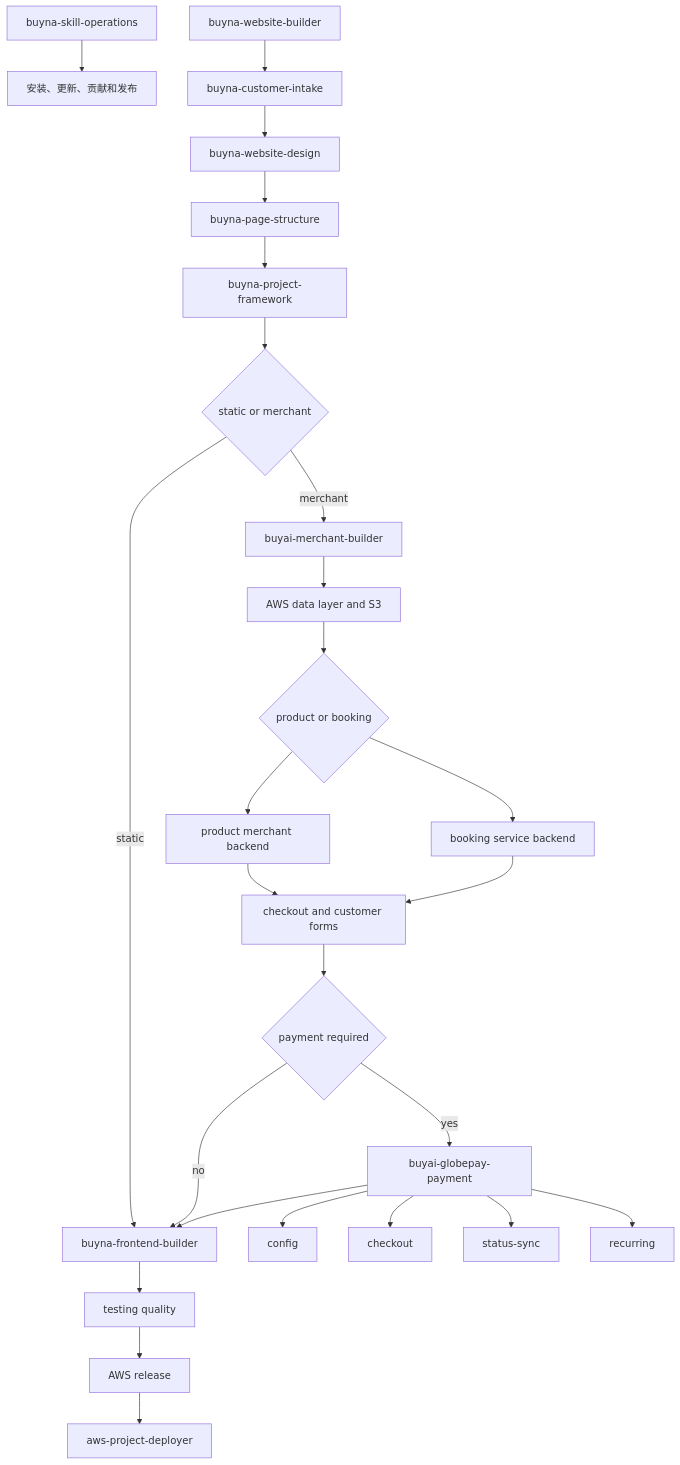
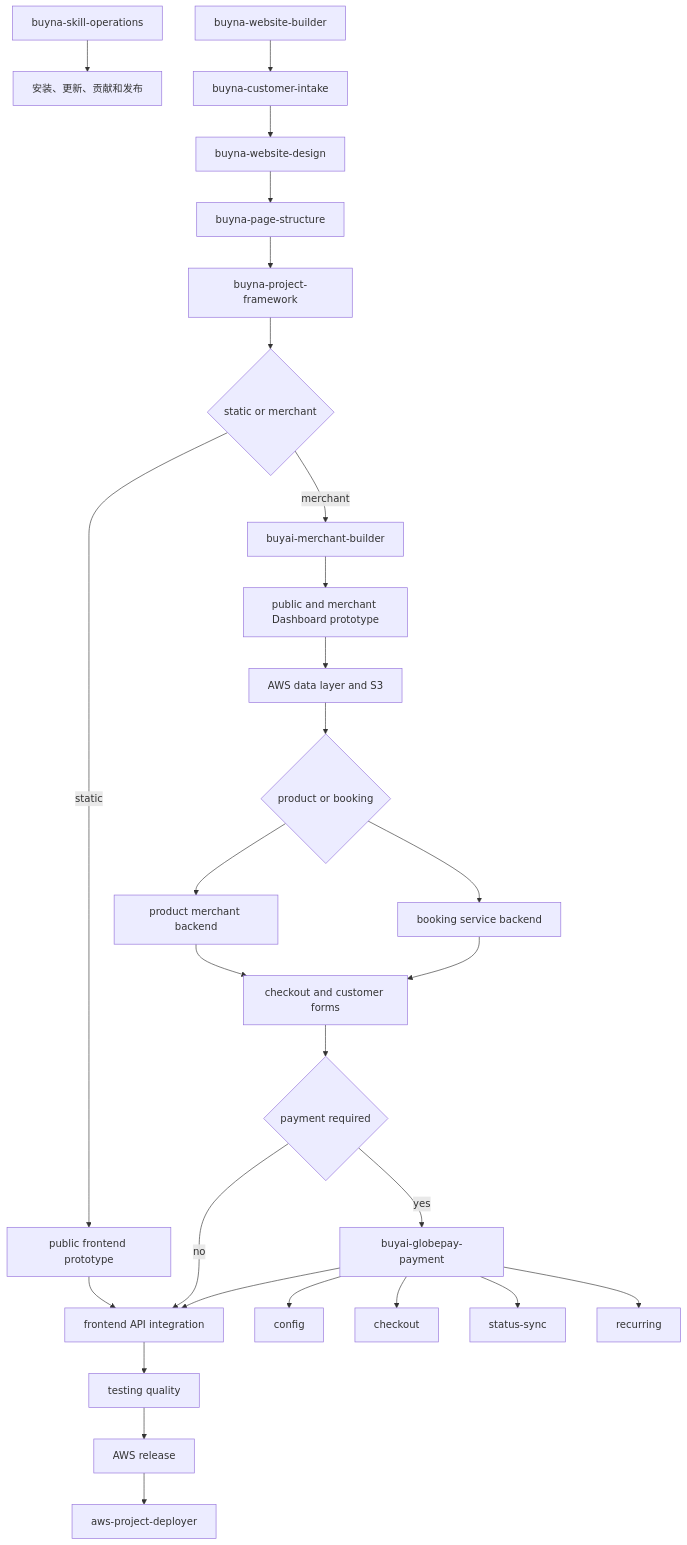
The diagram in docs/OPERATIONS_MANUAL.md (Kaku-shiko/buyna-agent-skills), drawn with Mermaid before and after one commit. The commit also changed 5 other files, not shown here.

Commit message:
Move merchant dashboard prototype to phase six

````diff
--- a/docs/OPERATIONS_MANUAL.md
+++ b/docs/OPERATIONS_MANUAL.md
@@ -50,28 +50,30 @@
 ```mermaid
 flowchart TD
     O[buyna-skill-operations] --> I[安装、更新、贡献和发布]
     B[buyna-website-builder] --> C[buyna-customer-intake]
     C --> D[buyna-website-design]
     D --> P[buyna-page-structure]
     P --> K[buyna-project-framework]
     K --> X{static or merchant}
-    X -->|static| F[buyna-frontend-builder]
+    X -->|static| FPS[public frontend prototype]
     X -->|merchant| M[buyai-merchant-builder]
-    M --> DB[AWS data layer and S3]
+    M --> FPM[public and merchant Dashboard prototype]
+    FPM --> DB[AWS data layer and S3]
     DB --> Q{product or booking}
     Q --> MP[product merchant backend]
     Q --> MB[booking service backend]
     MP --> UX[checkout and customer forms]
     MB --> UX
     UX --> Y{payment required}
     Y -->|yes| G[buyai-globepay-payment]
+    FPS --> F[frontend API integration]
     Y -->|no| F
     G --> F
     F --> T[testing quality]
     T --> R[AWS release]
     R --> A[aws-project-deployer]
     G --> GC[config]
     G --> GO[checkout]
     G --> GS[status-sync]
     G --> GR[recurring]
 ```
````
